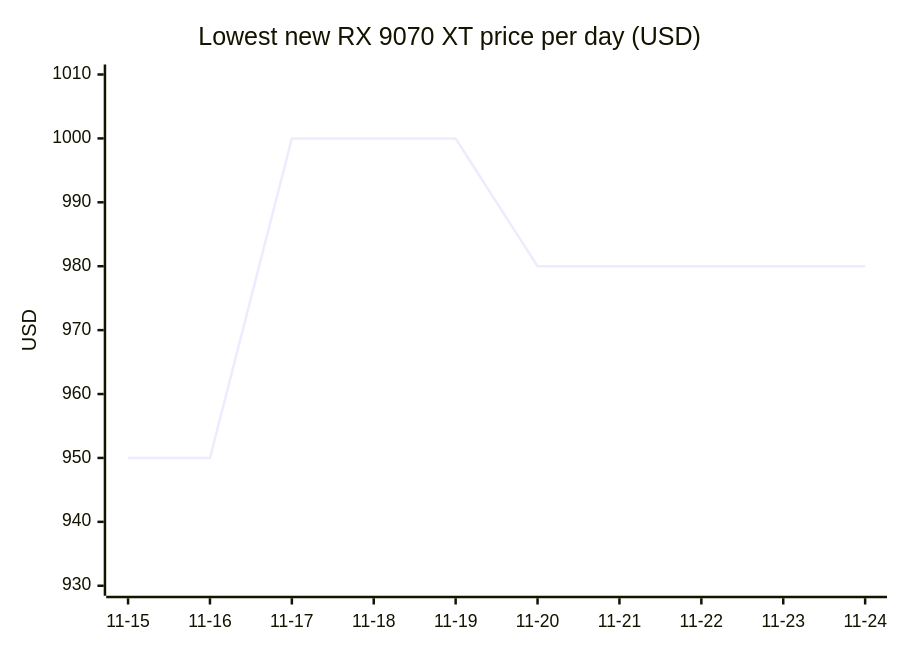
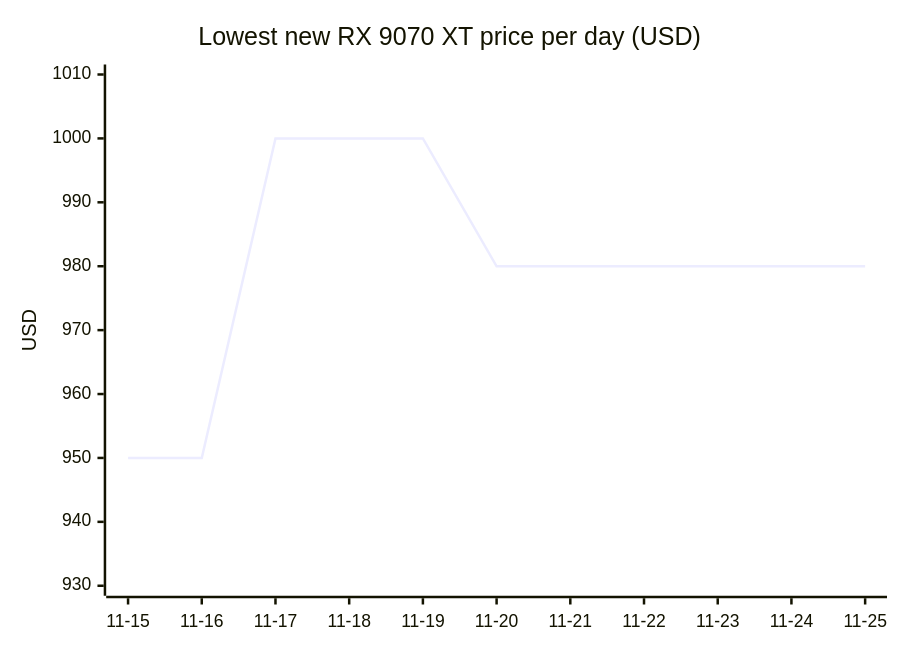
Diagram 11 of 18 in README.md (7324136828/4tb_ssd_price_watch), drawn with Mermaid before and after one commit. The commit also changed other lines of this file, not shown here.

````diff
--- a/README.md
+++ b/README.md
@@ -1217,7 +1255,7 @@
 ```mermaid
 xychart-beta
     title "Lowest new RX 9070 XT price per day (USD)"
-    x-axis ["11-15", "11-16", "11-17", "11-18", "11-19", "11-20", "11-21", "11-22", "11-23", "11-24"]
+    x-axis ["11-15", "11-16", "11-17", "11-18", "11-19", "11-20", "11-21", "11-22", "11-23", "11-24", "11-25"]
     y-axis "USD" 930 --> 1010
-    line [949.99, 949.99, 999.99, 999.99, 999.99, 979.99, 979.99, 979.99, 979.99, 979.99]
+    line [949.99, 949.99, 999.99, 999.99, 999.99, 979.99, 979.99, 979.99, 979.99, 979.99, 979.99]
 ```
````
